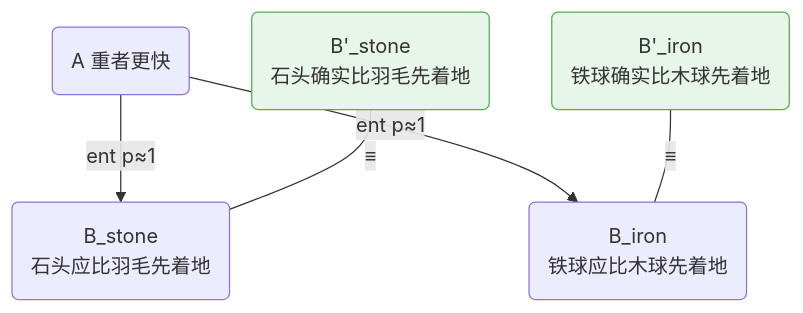
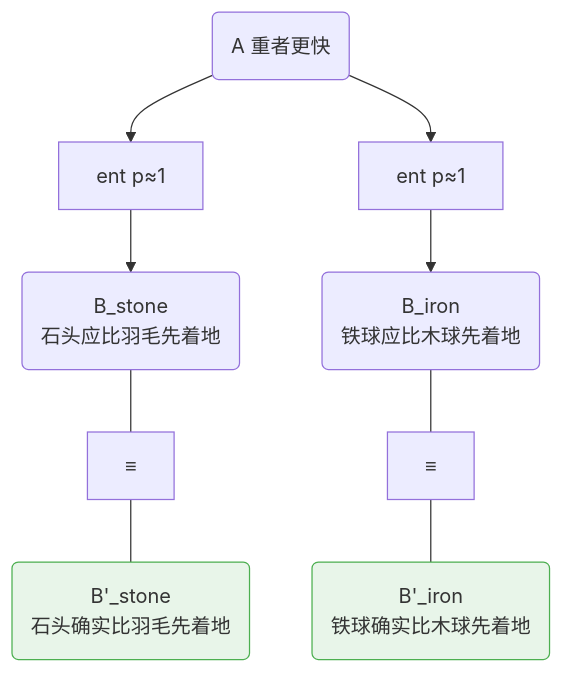
One commit to SiliconEinstein/Gaia changed the fifth of 10 diagrams in docs/foundations/theory/science-formalization.md. Above: the diagram before and after it, drawn with Mermaid. The commit also changed other lines of this file, not shown here.

````diff
--- a/docs/foundations/theory/science-formalization.md
+++ b/docs/foundations/theory/science-formalization.md
@@ -289,9 +290,9 @@
 ```mermaid
 graph TD
-    A("A 重者更快") -->|"ent p≈1"| Bs("B_stone<br/>石头应比羽毛先着地")
-    A -->|"ent p≈1"| Bi("B_iron<br/>铁球应比木球先着地")
-    Bps("B'_stone<br/>石头确实比羽毛先着地"):::obs ---|"≡"| Bs
-    Bpi("B'_iron<br/>铁球确实比木球先着地"):::obs ---|"≡"| Bi
+    A("A 重者更快") --> f1["ent p≈1"] --> Bs("B_stone<br/>石头应比羽毛先着地")
+    A --> f2["ent p≈1"] --> Bi("B_iron<br/>铁球应比木球先着地")
+    Bs --- eq1["≡"] --- Bps("B'_stone<br/>石头确实比羽毛先着地"):::obs
+    Bi --- eq2["≡"] --- Bpi("B'_iron<br/>铁球确实比木球先着地"):::obs
 
     classDef obs fill:#e8f5e9,stroke:#4caf50
 ```
````
